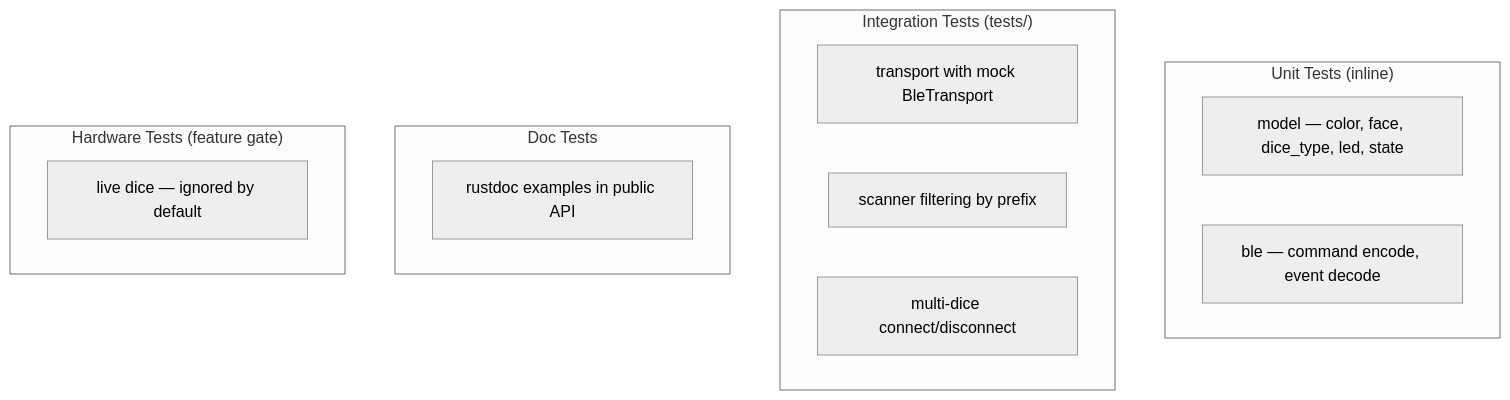
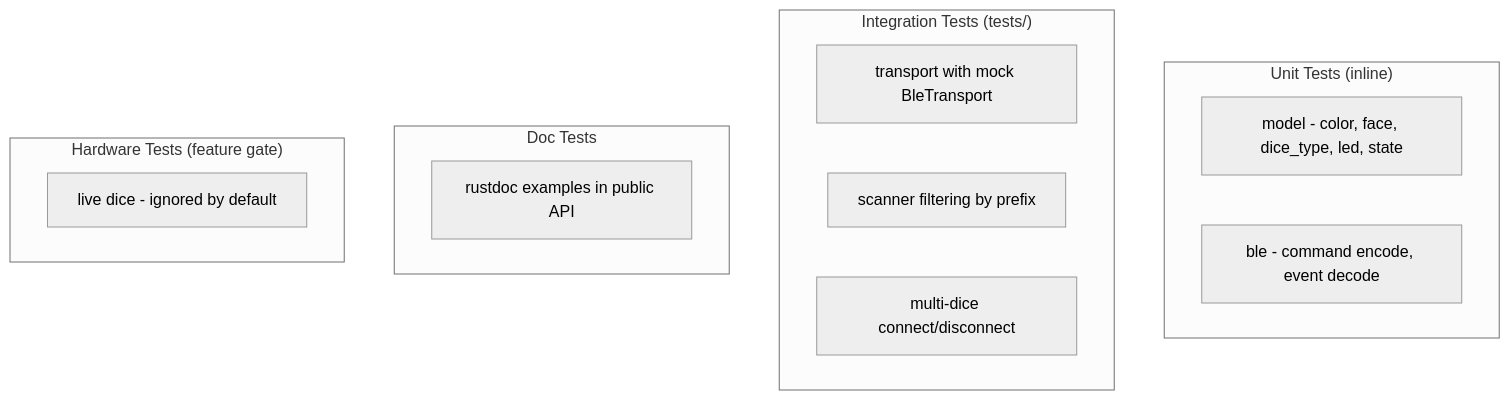
Before and after one commit to smearor/dice-rs: diagram 34 of 34 in concepts/planned/DICE_RS.md, drawn with Mermaid (neutral theme). The commit also changed other lines of this file and 35 other files, not shown here.

````diff
--- a/concepts/planned/DICE_RS.md
+++ b/concepts/planned/DICE_RS.md
@@ -5500,21 +5500,21 @@
 ```mermaid
 flowchart TB
     subgraph unit["Unit Tests (inline)"]
-        modelTests["model — color, face, dice_type, led, state"]
-        bleTests["ble — command encode, event decode"]
+        modelTests["model - color, face, dice_type, led, state"]
+        bleTests["ble - command encode, event decode"]
     end
 
     subgraph integration["Integration Tests (tests/)"]
         transportMock["transport with mock BleTransport"]
         scannerTest["scanner filtering by prefix"]
         managerTest["multi-dice connect/disconnect"]
     end
 
     subgraph docTests["Doc Tests"]
         rustdoc["rustdoc examples in public API"]
     end
 
     subgraph hardware["Hardware Tests (feature gate)"]
-        liveDice["live dice — ignored by default"]
+        liveDice["live dice - ignored by default"]
     end
 ```
````
